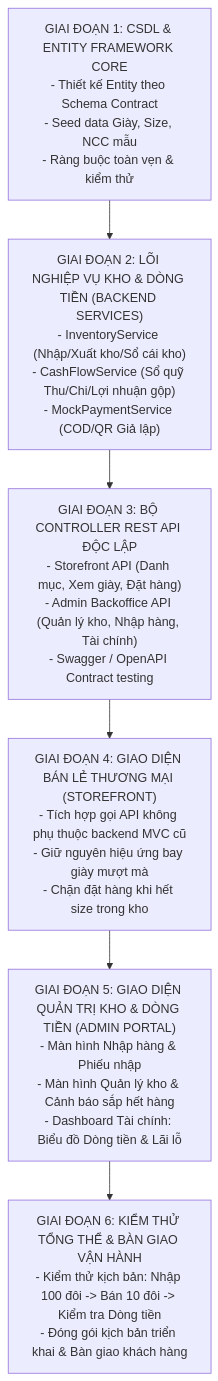
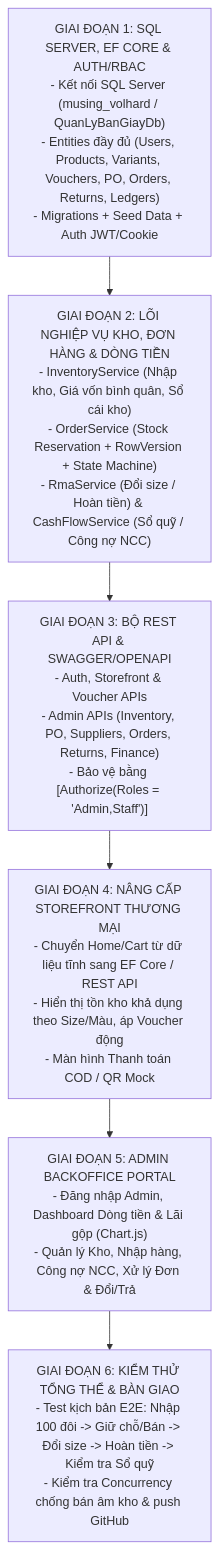
Before and after one commit to jtuongdang/web-giay-the-thao: the diagram in docs/05_IMPLEMENTATION_ROADMAP_AND_TASK_ALLOCATION.md, drawn with Mermaid. The commit also changed other lines of this file and 4 other files, not shown here.

Commit message:
docs: standardize architecture, SQL Server schema, RMA, reservation & AI dispatch roadmap

````diff
--- a/docs/05_IMPLEMENTATION_ROADMAP_AND_TASK_ALLOCATION.md
+++ b/docs/05_IMPLEMENTATION_ROADMAP_AND_TASK_ALLOCATION.md
@@ -8,16 +18,16 @@
 ```mermaid
 flowchart TD
-    P1["GIAI ĐOẠN 1: CSDL & ENTITY FRAMEWORK CORE<br/>- Thiết kế Entity theo Schema Contract<br/>- Seed data Giày, Size, NCC mẫu<br/>- Ràng buộc toàn vẹn & kiểm thử"]
-    
-    P2["GIAI ĐOẠN 2: LÕI NGHIỆP VỤ KHO & DÒNG TIỀN (BACKEND SERVICES)<br/>- InventoryService (Nhập/Xuất kho/Sổ cái kho)<br/>- CashFlowService (Sổ quỹ Thu/Chi/Lợi nhuận gộp)<br/>- MockPaymentService (COD/QR Giả lập)"]
-    
-    P3["GIAI ĐOẠN 3: BỘ CONTROLLER REST API ĐỘC LẬP<br/>- Storefront API (Danh mục, Xem giày, Đặt hàng)<br/>- Admin Backoffice API (Quản lý kho, Nhập hàng, Tài chính)<br/>- Swagger / OpenAPI Contract testing"]
-    
-    P4["GIAI ĐOẠN 4: GIAO DIỆN BÁN LẺ THƯƠNG MẠI (STOREFRONT)<br/>- Tích hợp gọi API không phụ thuộc backend MVC cũ<br/>- Giữ nguyên hiệu ứng bay giày mượt mà<br/>- Chặn đặt hàng khi hết size trong kho"]
-    
-    P5["GIAI ĐOẠN 5: GIAO DIỆN QUẢN TRỊ KHO & DÒNG TIỀN (ADMIN PORTAL)<br/>- Màn hình Nhập hàng & Phiếu nhập<br/>- Màn hình Quản lý kho & Cảnh báo sắp hết hàng<br/>- Dashboard Tài chính: Biểu đồ Dòng tiền & Lãi lỗ"]
-    
-    P6["GIAI ĐOẠN 6: KIỂM THỬ TỔNG THỂ & BÀN GIAO VẬN HÀNH<br/>- Kiểm thử kịch bản: Nhập 100 đôi -> Bán 10 đôi -> Kiểm tra Dòng tiền<br/>- Đóng gói kịch bản triển khai & Bàn giao khách hàng"]
+    P1["GIAI ĐOẠN 1: SQL SERVER, EF CORE & AUTH/RBAC<br/>- Kết nối SQL Server (musing_volhard / QuanLyBanGiayDb)<br/>- Entities đầy đủ (Users, Products, Variants, Vouchers, PO, Orders, Returns, Ledgers)<br/>- Migrations + Seed Data + Auth JWT/Cookie"]
+
+    P2["GIAI ĐOẠN 2: LÕI NGHIỆP VỤ KHO, ĐƠN HÀNG & DÒNG TIỀN<br/>- InventoryService (Nhập kho, Giá vốn bình quân, Sổ cái kho)<br/>- OrderService (Stock Reservation + RowVersion + State Machine)<br/>- RmaService (Đổi size / Hoàn tiền) & CashFlowService (Sổ quỹ / Công nợ NCC)"]
+
+    P3["GIAI ĐOẠN 3: BỘ REST API & SWAGGER/OPENAPI<br/>- Auth, Storefront & Voucher APIs<br/>- Admin APIs (Inventory, PO, Suppliers, Orders, Returns, Finance)<br/>- Bảo vệ bằng [Authorize(Roles = 'Admin,Staff')]"]
+
+    P4["GIAI ĐOẠN 4: NÂNG CẤP STOREFRONT THƯƠNG MẠI<br/>- Chuyển Home/Cart từ dữ liệu tĩnh sang EF Core / REST API<br/>- Hiển thị tồn kho khả dụng theo Size/Màu, áp Voucher động<br/>- Màn hình Thanh toán COD / QR Mock"]
+
+    P5["GIAI ĐOẠN 5: ADMIN BACKOFFICE PORTAL<br/>- Đăng nhập Admin, Dashboard Dòng tiền & Lãi gộp (Chart.js)<br/>- Quản lý Kho, Nhập hàng, Công nợ NCC, Xử lý Đơn & Đổi/Trả"]
+
+    P6["GIAI ĐOẠN 6: KIỂM THỬ TỔNG THỂ & BÀN GIAO<br/>- Test kịch bản E2E: Nhập 100 đôi -> Giữ chỗ/Bán -> Đổi size -> Hoàn tiền -> Kiểm tra Sổ quỹ<br/>- Kiểm tra Concurrency chống bán âm kho & push GitHub"]
 
     P1 --> P2 --> P3 --> P4 --> P5 --> P6
 ```
````
